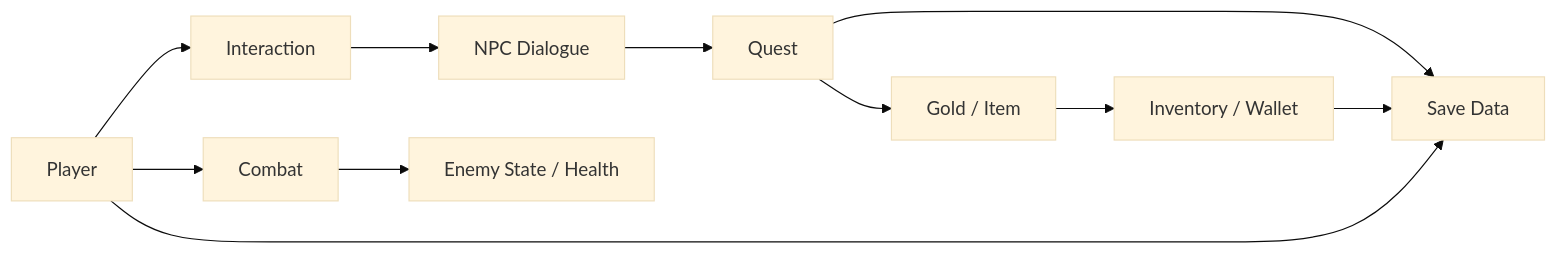
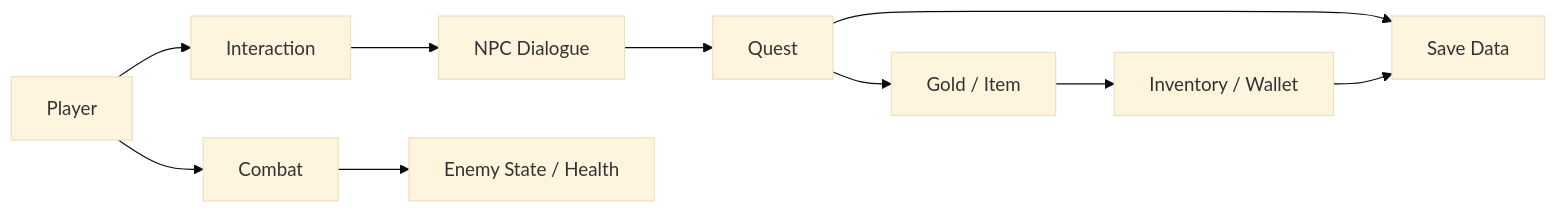
The first of 3 diagrams in Docs/ARCHITECTURE.md (Mindarinda47/unity-2d-rpg-gameplay-systems), drawn with Mermaid (base theme) before and after one commit. The commit also changed other lines of this file and 3 other files, not shown here.

````diff
--- a/Docs/ARCHITECTURE.md
+++ b/Docs/ARCHITECTURE.md
@@ -7,13 +7,12 @@
 ```mermaid
 flowchart LR
     Player[Player] --> Interaction[Interaction]
     Interaction --> NPC[NPC Dialogue]
     NPC --> Quest[Quest]
     Player --> Combat[Combat]
     Combat --> Enemy[Enemy State / Health]
     Quest --> Reward[Gold / Item]
     Reward --> Inventory[Inventory / Wallet]
     Quest --> Save[Save Data]
     Inventory --> Save
-    Player --> Save
 ```
````
